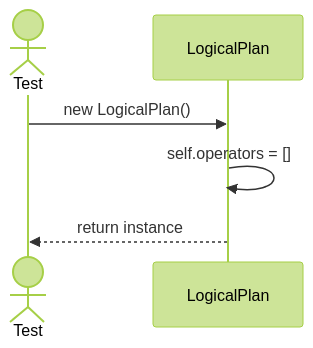
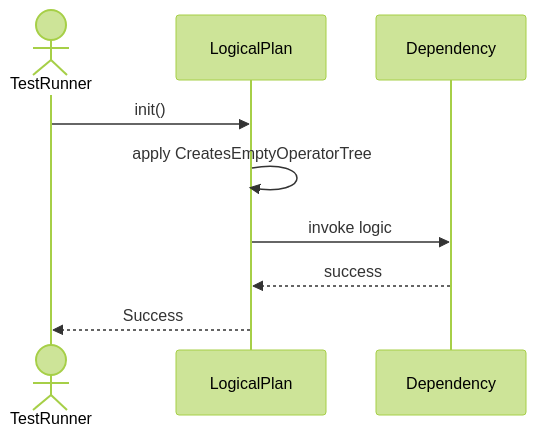
Before and after one commit to TamBui1706/DBMS: the first of 5 diagrams in Sequences/QueryProcessor/LogicalPlan.md, drawn with Mermaid (forest theme). The commit also changed other lines of this file and 63 other files, not shown here.

Commit message:
Draw sequence diagram for unit tests

````diff
--- a/Sequences/QueryProcessor/LogicalPlan.md
+++ b/Sequences/QueryProcessor/LogicalPlan.md
@@ -15,9 +18,10 @@
 ```mermaid
 sequenceDiagram
-    actor Test
+    actor TestRunner
     participant LogicalPlan
-
-    Test->>LogicalPlan: new LogicalPlan()
-    LogicalPlan->>LogicalPlan: self.operators = []
-    LogicalPlan-->>Test: return instance
+    TestRunner->>LogicalPlan: init()
+    LogicalPlan->>LogicalPlan: apply CreatesEmptyOperatorTree
+    LogicalPlan->>Dependency: invoke logic
+    Dependency-->>LogicalPlan: success
+    LogicalPlan-->>TestRunner: Success
 ```
````
